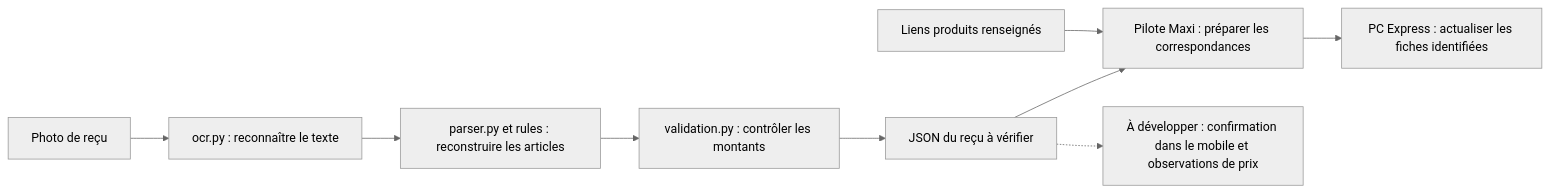
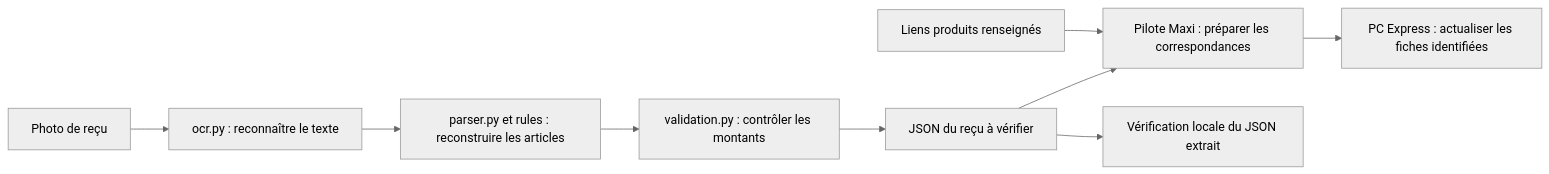
Diagram 25 of 27 in README-fonctionnement.md (EnzoT454/OptiMeal), drawn with Mermaid (neutral theme) before and after one commit. The commit also changed other lines of this file and 80 other files, not shown here.

````diff
--- a/README-fonctionnement.md
+++ b/README-fonctionnement.md
@@ -914,11 +1085,11 @@
 ```mermaid
 flowchart LR
     P[Photo de reçu] --> O[ocr.py : reconnaître le texte]
     O --> R[parser.py et rules : reconstruire les articles]
     R --> V[validation.py : contrôler les montants]
     V --> J[JSON du reçu à vérifier]
     J --> M[Pilote Maxi : préparer les correspondances]
     U[Liens produits renseignés] --> M
     M --> W[PC Express : actualiser les fiches identifiées]
-    J -.-> F[À développer : confirmation dans le mobile et observations de prix]
+    J --> F[Vérification locale du JSON extrait]
 ```
````
